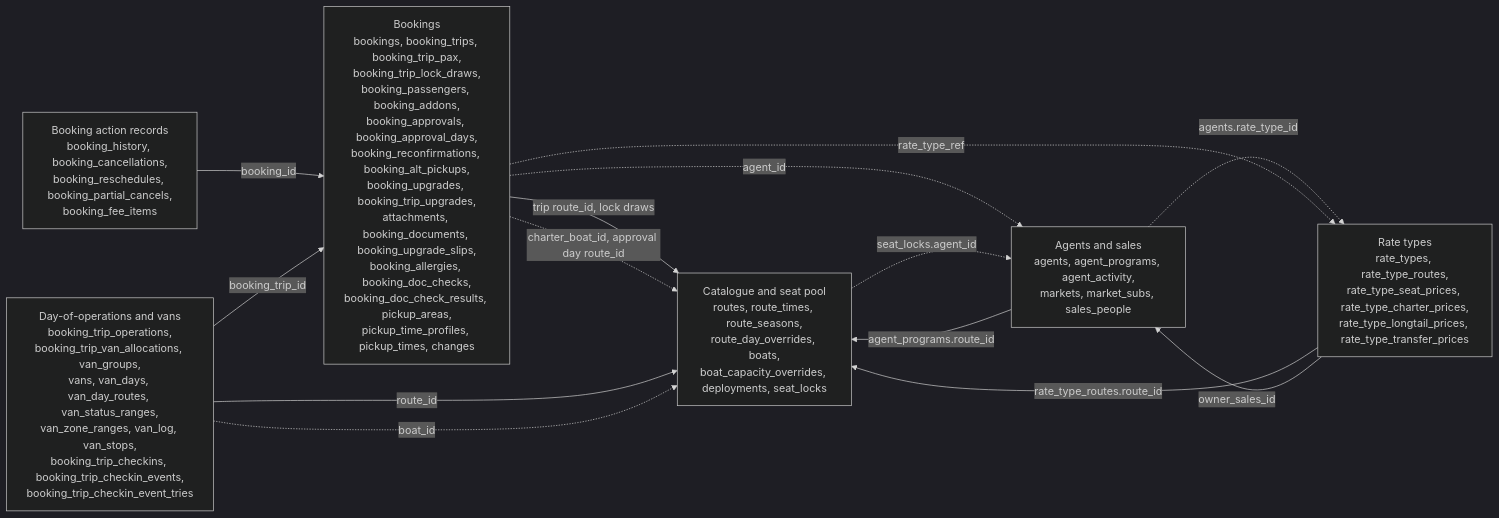
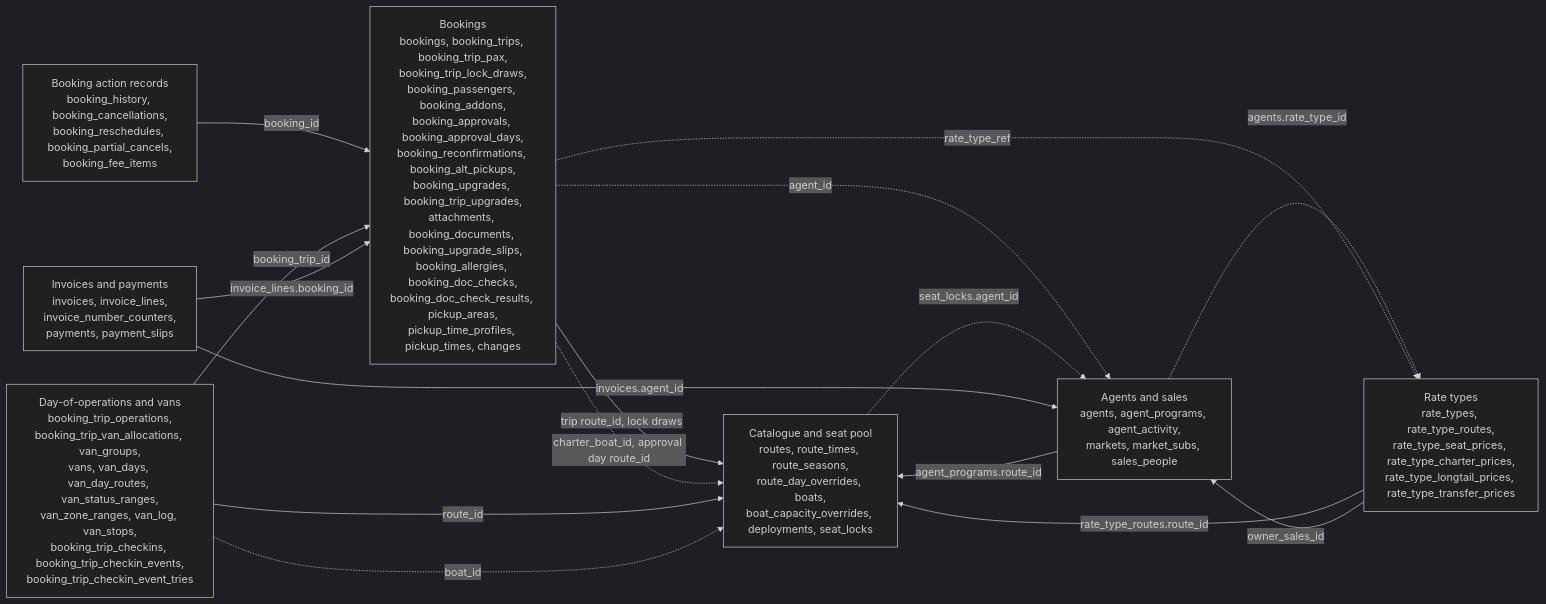
Before and after one commit to TheTaTha5/operation_backend: the first of 8 diagrams in docs/schema.md, drawn with Mermaid (dark theme). The commit also changed other lines of this file and 19 other files, not shown here.

First line of the commit message:
feat: invoices and payments (Money slice 1)

````diff
--- a/docs/schema.md
+++ b/docs/schema.md
@@ -28,23 +28,26 @@
 ```mermaid
 flowchart LR
   catalogue["Catalogue and seat pool<br/>routes, route_times, route_seasons,<br/>route_day_overrides, boats,<br/>boat_capacity_overrides, deployments, seat_locks"]
   bookings["Bookings<br/>bookings, booking_trips, booking_trip_pax,<br/>booking_trip_lock_draws,<br/>booking_passengers, booking_addons,<br/>booking_approvals, booking_approval_days,<br/>booking_reconfirmations, booking_alt_pickups,<br/>booking_upgrades, booking_trip_upgrades,<br/>attachments, booking_documents, booking_upgrade_slips,<br/>booking_allergies, booking_doc_checks,<br/>booking_doc_check_results, pickup_areas,<br/>pickup_time_profiles, pickup_times, changes"]
   actions["Booking action records<br/>booking_history, booking_cancellations,<br/>booking_reschedules, booking_partial_cancels,<br/>booking_fee_items"]
   ops["Day-of-operations and vans<br/>booking_trip_operations,<br/>booking_trip_van_allocations, van_groups,<br/>vans, van_days, van_day_routes, van_status_ranges,<br/>van_zone_ranges, van_log, van_stops,<br/>booking_trip_checkins, booking_trip_checkin_events,<br/>booking_trip_checkin_event_tries"]
   sales["Agents and sales<br/>agents, agent_programs, agent_activity,<br/>markets, market_subs, sales_people"]
+  money["Invoices and payments<br/>invoices, invoice_lines,<br/>invoice_number_counters,<br/>payments, payment_slips"]
   rates["Rate types<br/>rate_types, rate_type_routes,<br/>rate_type_seat_prices, rate_type_charter_prices,<br/>rate_type_longtail_prices, rate_type_transfer_prices"]
 
   bookings -- "trip route_id, lock draws" --> catalogue
   bookings -. "charter_boat_id, approval day route_id" .-> catalogue
   actions -- "booking_id" --> bookings
   ops -- "booking_trip_id" --> bookings
   ops -- "route_id" --> catalogue
   ops -. "boat_id" .-> catalogue
   sales -- "agent_programs.route_id" --> catalogue
   bookings -. "agent_id" .-> sales
   catalogue -. "seat_locks.agent_id" .-> sales
   rates -- "rate_type_routes.route_id" --> catalogue
   rates -- "owner_sales_id" --> sales
   sales -. "agents.rate_type_id" .-> rates
   bookings -. "rate_type_ref" .-> rates
+  money -- "invoice_lines.booking_id" --> bookings
+  money -- "invoices.agent_id" --> sales
 ```
````
